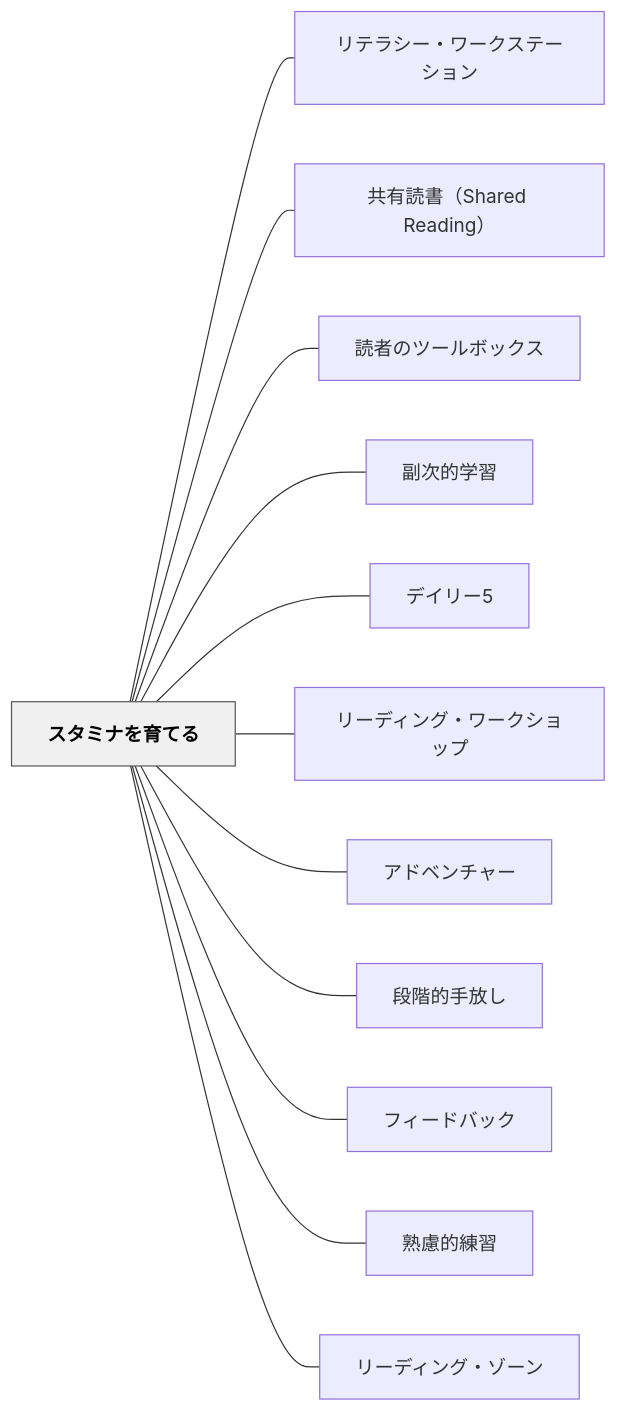
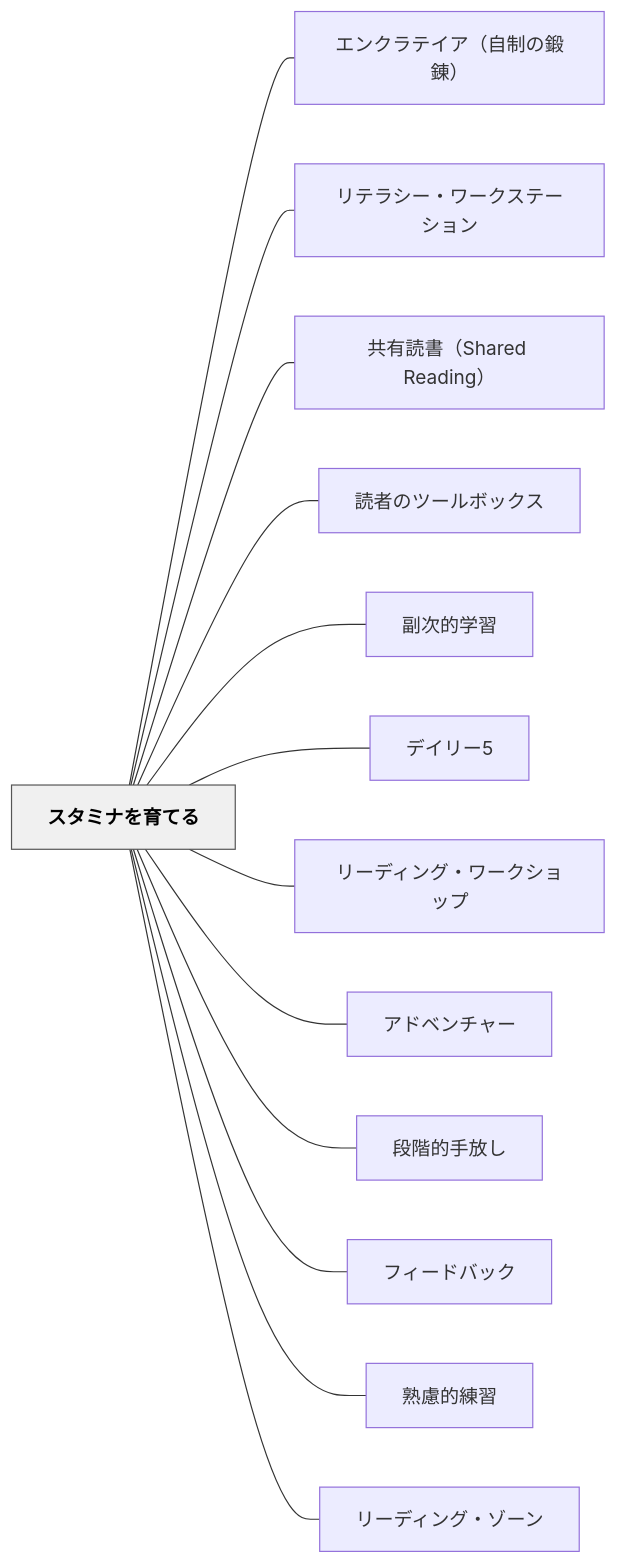
Before and after one commit to unknownthings-ed-patterns/unknownthings-ed-patterns: the diagram in content/パタン/スタミナを育てる.md, drawn with Mermaid. The commit also changed other lines of this file and 19 other files, not shown here.

````diff
--- a/content/パタン/スタミナを育てる.md
+++ b/content/パタン/スタミナを育てる.md
@@ -242,30 +243,32 @@
 ```mermaid
 flowchart LR
     ne382b9e382bfe3839fe3838ae38292e882b2e381a6e3828b["スタミナを育てる"]
+    ne382a8e383b3e382afe383a9e38386e382a4e382a2efbc88e887aae588b6e381aee98d9be98cacefbc89["エンクラテイア（自制の鍛錬）"]
     ne383aae38386e383a9e382b7e383bce383bbe383afe383bce382afe382b9e38386e383bce382b7e383a7e383b3["リテラシー・ワークステーション"]
     ne585b1e69c89e8aaade69bb8efbc885368617265642052656164696e67efbc89["共有読書（Shared Reading）"]
     ne8aaade88085e381aee38384e383bce383abe3839ce38383e382afe382b9["読者のツールボックス"]
     ne589afe6aca1e79a84e5ada6e7bf92["副次的学習"]
     ne38387e382a4e383aae383bc35["デイリー5"]
     ne383aae383bce38387e382a3e383b3e382b0e383bbe383afe383bce382afe382b7e383a7e38383e38397["リーディング・ワークショップ"]
     ne382a2e38389e38399e383b3e38381e383a3e383bc["アドベンチャー"]
     ne6aeb5e99a8ee79a84e6898be694bee38197["段階的手放し"]
     ne38395e382a3e383bce38389e38390e38383e382af["フィードバック"]
     ne7869fe685aee79a84e7b7b4e7bf92["熟慮的練習"]
     ne383aae383bce38387e382a3e383b3e382b0e383bbe382bee383bce383b3["リーディング・ゾーン"]
 
+    ne382b9e382bfe3839fe3838ae38292e882b2e381a6e3828b --- ne382a8e383b3e382afe383a9e38386e382a4e382a2efbc88e887aae588b6e381aee98d9be98cacefbc89
     ne382b9e382bfe3839fe3838ae38292e882b2e381a6e3828b --- ne383aae38386e383a9e382b7e383bce383bbe383afe383bce382afe382b9e38386e383bce382b7e383a7e383b3
     ne382b9e382bfe3839fe3838ae38292e882b2e381a6e3828b --- ne585b1e69c89e8aaade69bb8efbc885368617265642052656164696e67efbc89
     ne382b9e382bfe3839fe3838ae38292e882b2e381a6e3828b --- ne8aaade88085e381aee38384e383bce383abe3839ce38383e382afe382b9
     ne382b9e382bfe3839fe3838ae38292e882b2e381a6e3828b --- ne589afe6aca1e79a84e5ada6e7bf92
     ne382b9e382bfe3839fe3838ae38292e882b2e381a6e3828b --- ne38387e382a4e383aae383bc35
     ne382b9e382bfe3839fe3838ae38292e882b2e381a6e3828b --- ne383aae383bce38387e382a3e383b3e382b0e383bbe383afe383bce382afe382b7e383a7e38383e38397
     ne382b9e382bfe3839fe3838ae38292e882b2e381a6e3828b --- ne382a2e38389e38399e383b3e38381e383a3e383bc
     ne382b9e382bfe3839fe3838ae38292e882b2e381a6e3828b --- ne6aeb5e99a8ee79a84e6898be694bee38197
     ne382b9e382bfe3839fe3838ae38292e882b2e381a6e3828b --- ne38395e382a3e383bce38389e38390e38383e382af
     ne382b9e382bfe3839fe3838ae38292e882b2e381a6e3828b --- ne7869fe685aee79a84e7b7b4e7bf92
     ne382b9e382bfe3839fe3838ae38292e882b2e381a6e3828b --- ne383aae383bce38387e382a3e383b3e382b0e383bbe382bee383bce383b3
 
     classDef hub fill:#f0f0f0,stroke:#555,color:#000,font-weight:bold
     class ne382b9e382bfe3839fe3838ae38292e882b2e381a6e3828b hub
 ```
````
